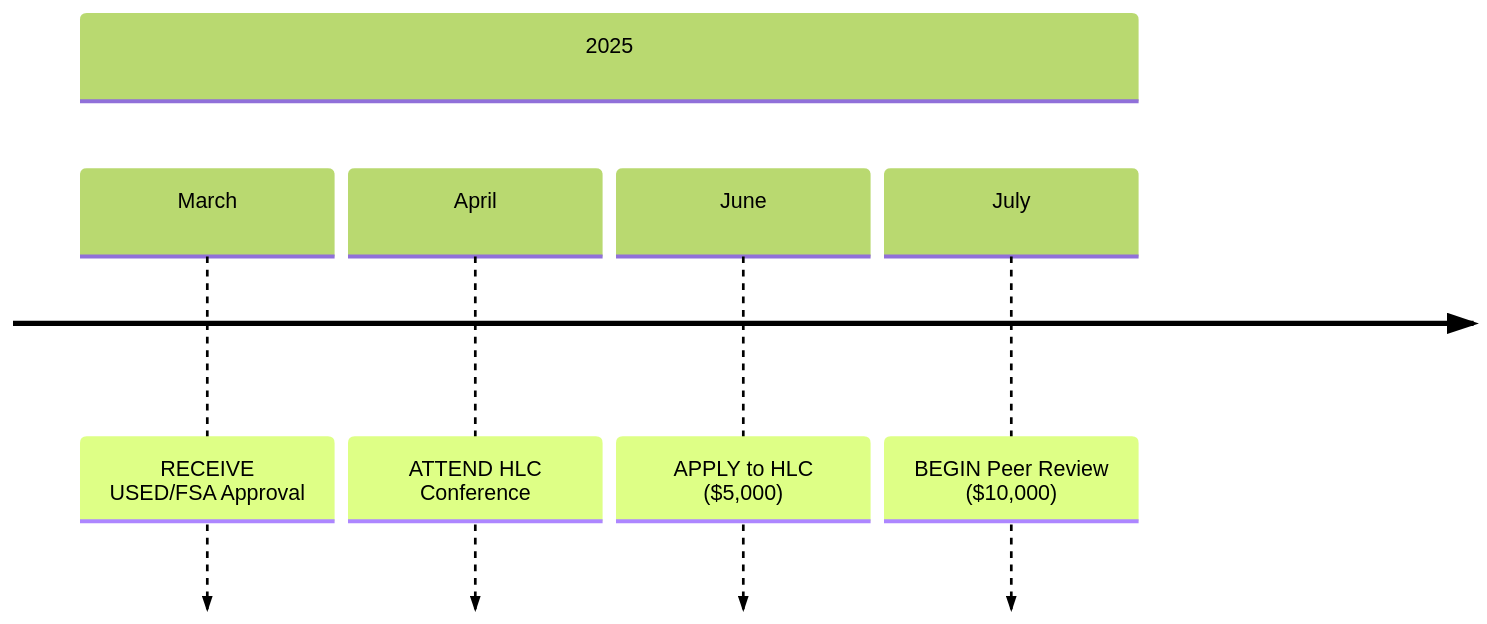
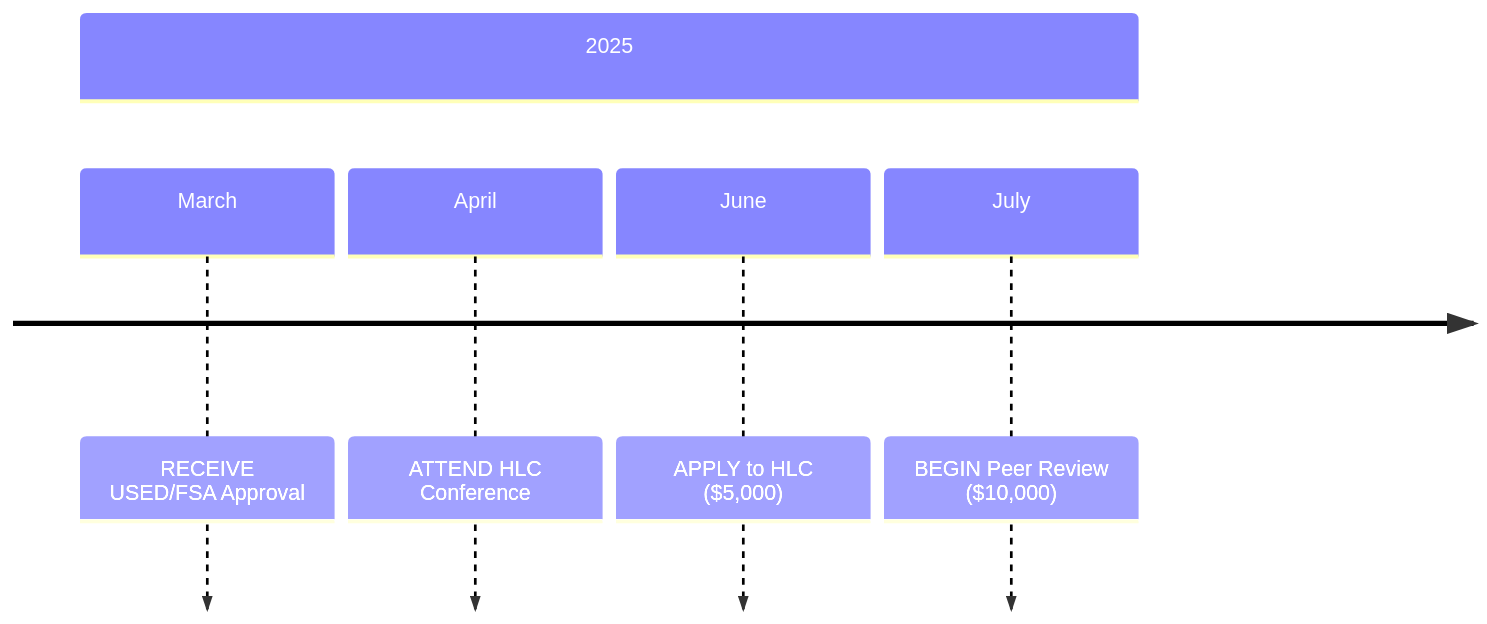
Before and after one commit to Haywood-Community-College-IERG/hlc: the second of 5 diagrams in timeline.qmd, drawn with Mermaid. The commit also changed other lines of this file, not shown here.

Commit message:
Consolidate Mermaid theme initialization in timeline.qmd for cleaner configuration

````diff
--- a/timeline.qmd
+++ b/timeline.qmd
@@ -15,9 +17,8 @@
 ```{mermaid}
-%%{init: { 'theme': 'forest' } }%%
 timeline
     section 2025
         March : RECEIVE USED/FSA Approval
         April : ATTEND HLC Conference
         June : APPLY to HLC ($5,000)
         July : BEGIN Peer Review ($10,000)
 ```
````
